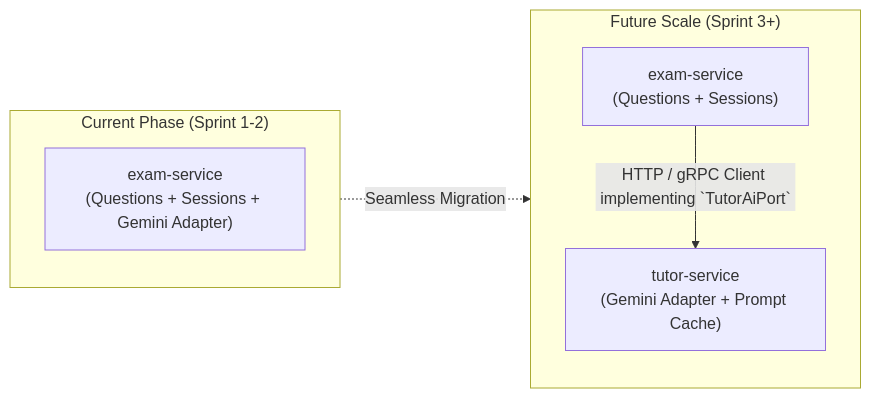
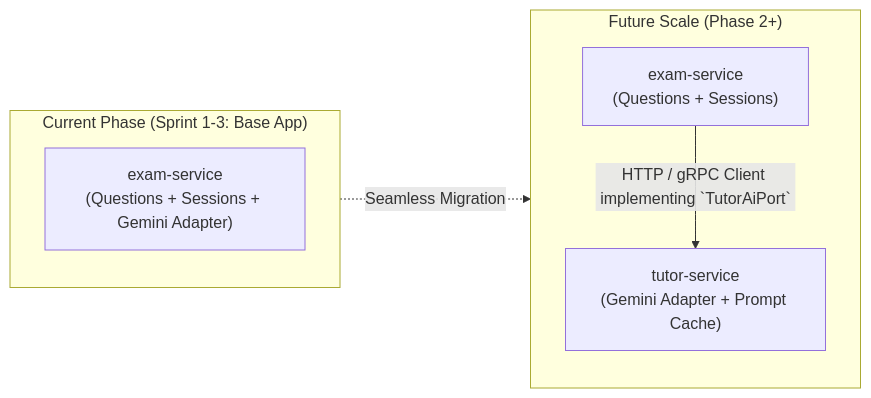
Before and after one commit to Veras-D/AprovaENEM: the seventh of 8 diagrams in docs/sprint-1/03-system-architecture.md, drawn with Mermaid. The commit also changed other lines of this file and 7 other files, not shown here.

Commit message:
feat(essay): architect Phase 2 premium AI essay evaluator with handwritten OCR and 5-competency grading

````diff
--- a/docs/sprint-1/03-system-architecture.md
+++ b/docs/sprint-1/03-system-architecture.md
@@ -369,14 +373,14 @@
 ```mermaid
 flowchart LR
-    subgraph CurrentTopology ["Current Phase (Sprint 1-2)"]
+    subgraph CurrentTopology ["Current Phase (Sprint 1-3: Base App)"]
         ExamCurrent["exam-service<br/>(Questions + Sessions + Gemini Adapter)"]
     end
 
-    subgraph FutureTopology ["Future Scale (Sprint 3+)"]
+    subgraph FutureTopology ["Future Scale (Phase 2+)"]
         ExamFuture["exam-service<br/>(Questions + Sessions)"]
         TutorFuture["tutor-service<br/>(Gemini Adapter + Prompt Cache)"]
         ExamFuture -->|HTTP / gRPC Client implementing `TutorAiPort`| TutorFuture
     end
 
     CurrentTopology -. Seamless Migration .-> FutureTopology
 ```
````
